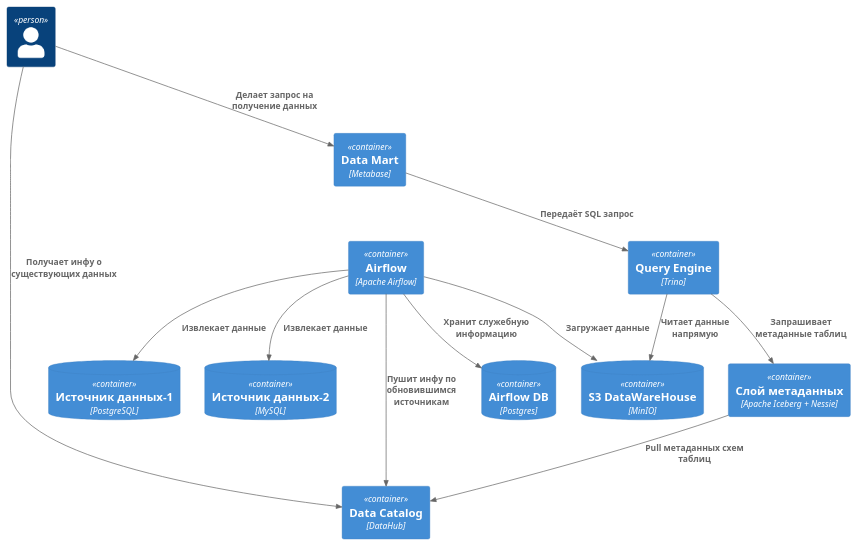
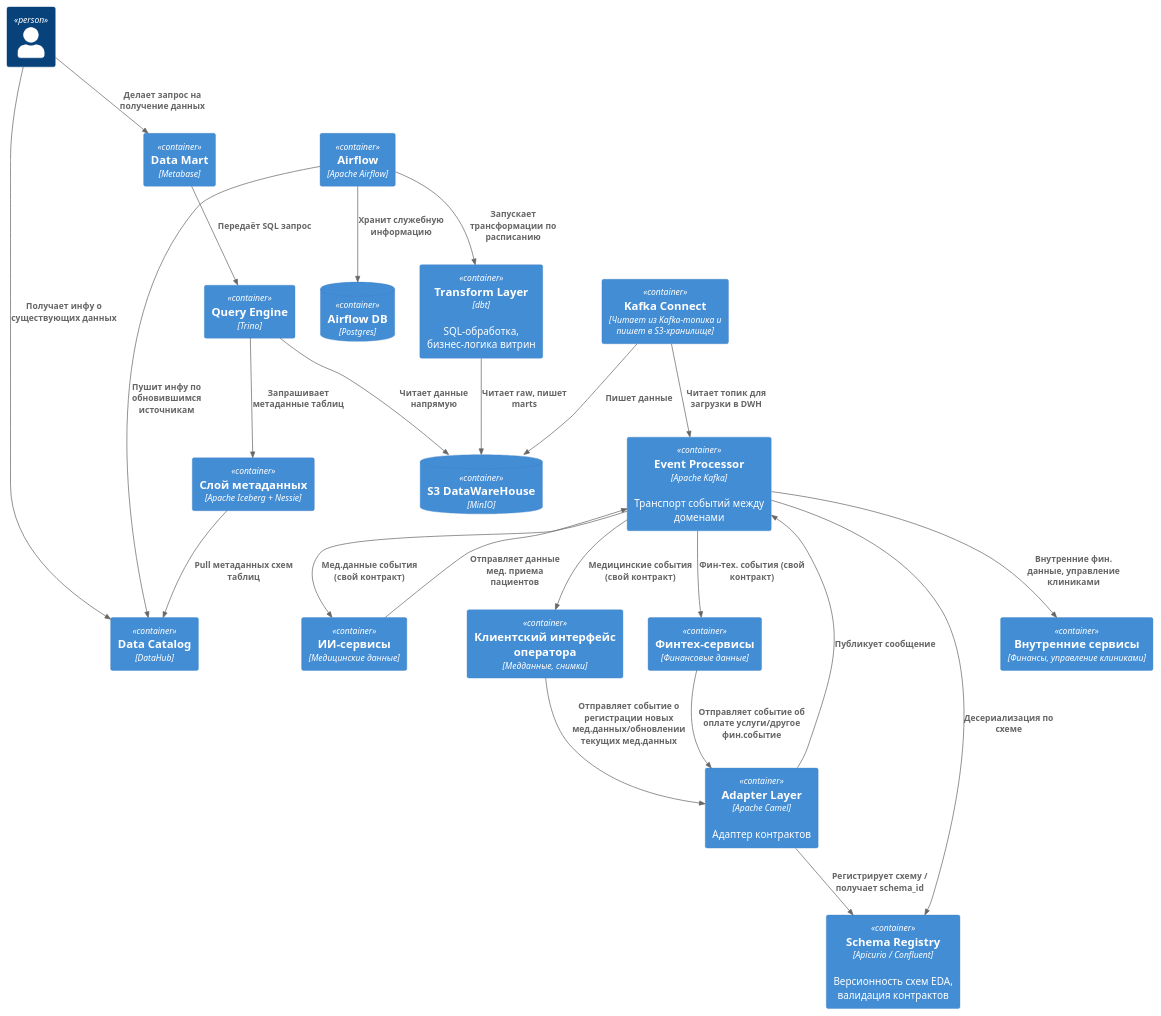
Before and after one commit to mayflowwer/architecture-future_2_0: the diagram in Task1/data_mart.puml, drawn with PlantUML.

Commit message:
task1 upd

```diff
--- a/Task1/data_mart.puml
+++ b/Task1/data_mart.puml
@@ -1,31 +1,65 @@
 @startuml
 
 !include <C4/C4_Container>
 
 Person(user, "", "")
 Container(metabase, "Data Mart", "Metabase")
 Container(trino, "Query Engine", "Trino")
 Container(datahub, "Data Catalog", "DataHub")
 Container(airflow, "Airflow", "Apache Airflow")
 ContainerDb(airflow_db, "Airflow DB", "Postgres")
-ContainerDb(data_source1, "Источник данных-1", "PostgreSQL")
-ContainerDb(data_source2, "Источник данных-2", "MySQL")
 Container(meta_data_leyer, "Слой метаданных", "Apache Iceberg + Nessie")
 ContainerDb(dwh, "S3 DataWareHouse", "MinIO")
+Container(dbt, "Transform Layer", "dbt", "SQL-обработка, бизнес-логика витрин")
+
+/' домены бизнеса '/
+Container(medical_ui, "Клиентский интерфейс оператора", "Медданные, снимки")
+Container(fintech, "Финтех-сервисы", "Финансовые данные")
+Container(ai_services, "ИИ-сервисы", "Медицинские данные")
+Container(internal_services, "Внутренние сервисы", "Финансы, управление клиниками")
+
+/' интеграционный слой '/
+Container(camel, "Adapter Layer", "Apache Camel", "Адаптер контрактов")
+Container(schema_registry, "Schema Registry", "Apicurio / Confluent", "Версионность схем EDA, валидация контрактов")
+Container(kafka, "Event Processor", "Apache Kafka", "Транспорт событий между доменами")
+
+/' отдельно для dwh '/
+Container(kafka_connect, "Kafka Connect", "Читает из Kafka-топика и пишет в S3-хранилище")
+
 
 Rel(user, datahub, "Получает инфу о существующих данных")
 Rel(user, metabase, "Делает запрос на получение данных")
 
 Rel(metabase, trino, "Передаёт SQL запрос")
 Rel(trino, meta_data_leyer, "Запрашивает метаданные таблиц")
 Rel(trino, dwh, "Читает данные напрямую")
 
-Rel(airflow, data_source1, "Извлекает данные")
-Rel(airflow, data_source2, "Извлекает данные")
 Rel(airflow, airflow_db, "Хранит служебную информацию")
-Rel(airflow, dwh, "Загружает данные")
 Rel(airflow, datahub, "Пушит инфу по обновившимся источникам")
 
 Rel(meta_data_leyer, datahub, "Pull метаданных схем таблиц")
 
+/' публикация событий '/
+Rel(medical_ui, camel, "Отправляет событие о регистрации новых мед.данных/обновлении текущих мед.данных")
+Rel(fintech, camel, "Отправляет событие об оплате услуги/другое фин.событие")
+Rel(ai_services, kafka, "Отправляет данные мед. приема пациентов")
+
+
+/' адаптеры '/
+Rel(camel, schema_registry, "Регистрирует схему / получает schema_id")
+Rel(camel, kafka, "Публикует сообщение")
+Rel(kafka, schema_registry, "Десериализация по схеме")
+
+/' доставка до консьюмеров '/
+Rel(kafka, medical_ui, "Медицинские события (свой контракт)")
+Rel(kafka, fintech, "Фин-тех. события (свой контракт)")
+Rel(kafka, ai_services, "Мед.данные события (свой контракт)")
+Rel(kafka, internal_services, "Внутренние фин. данные, управление клиниками")
+
+/' загрузка данных в dwh '/
+Rel(kafka_connect, kafka, "Читает топик для загрузки в DWH")
+Rel(kafka_connect, dwh, "Пишет данные")
+Rel(airflow, dbt, "Запускает трансформации по расписанию")
+Rel(dbt, dwh, "Читает raw, пишет marts")
+
 @enduml
```
